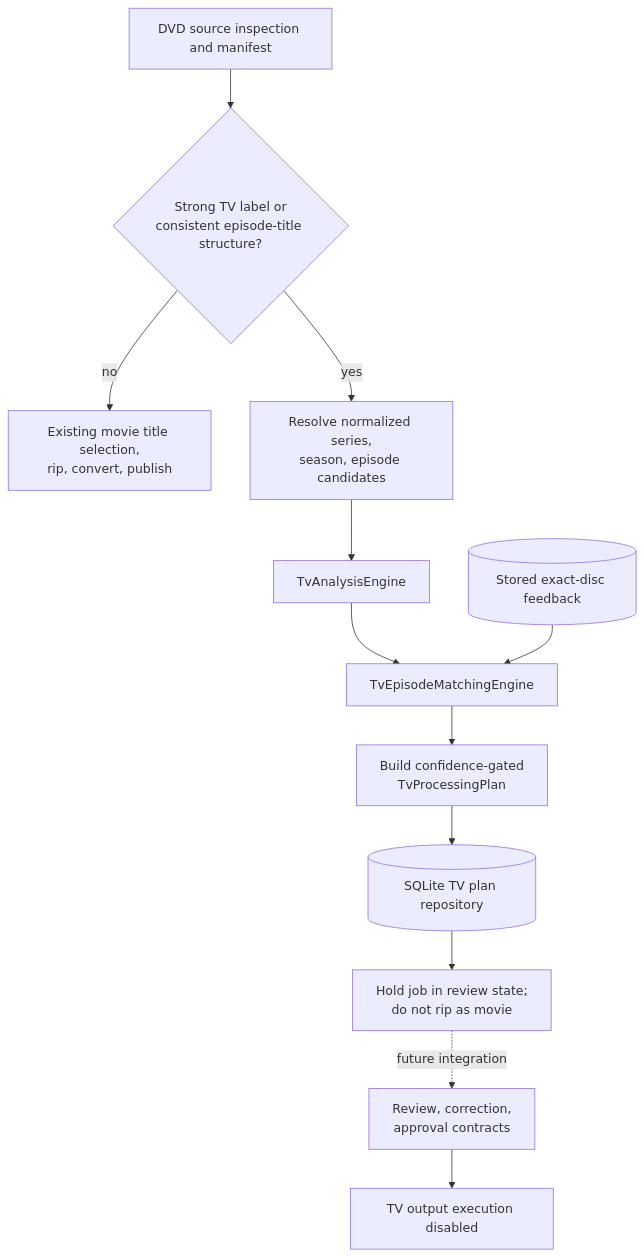
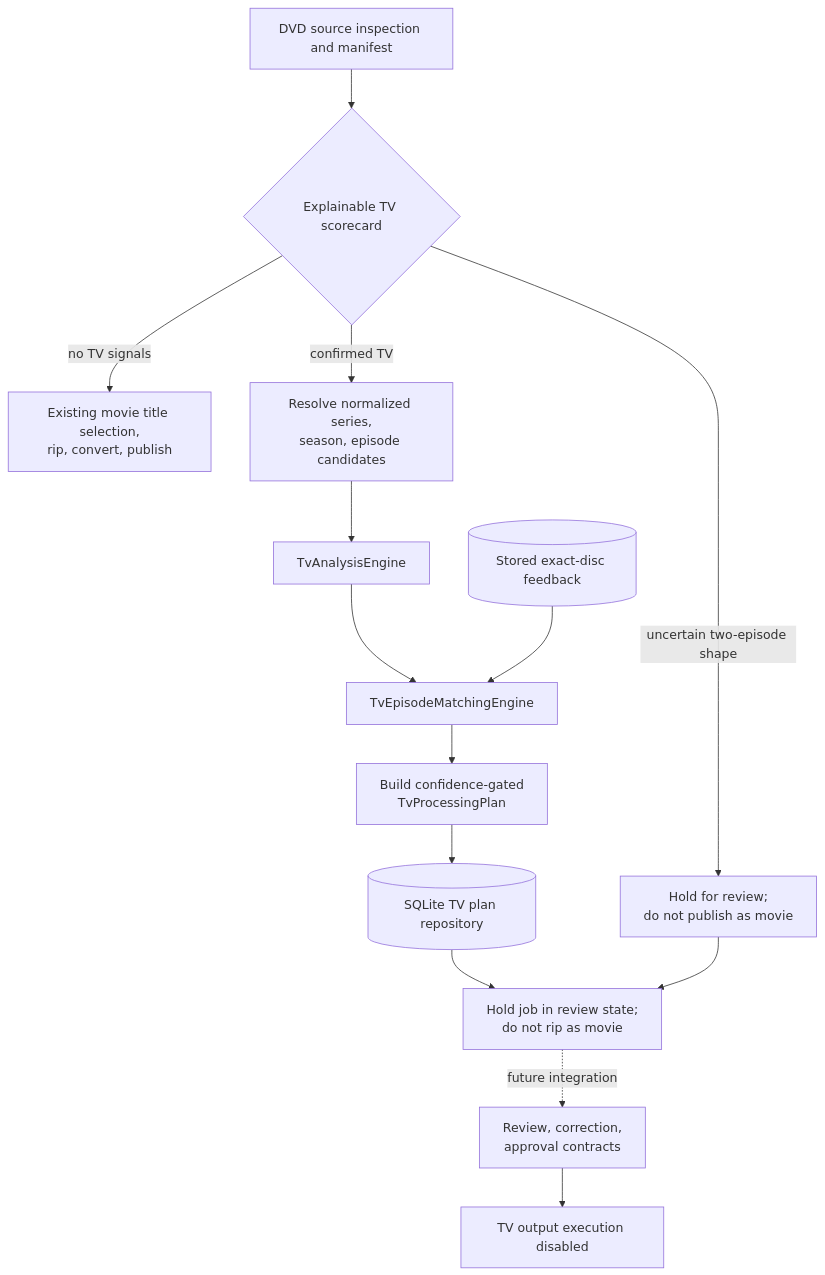
Before and after one commit to nick709r/DVDTOJELLYFIN: the diagram in docs/TV-WORKFLOW-INTEGRATION.md, drawn with Mermaid. The commit also changed other lines of this file and 3 other files, not shown here.

First line of the commit message:
fix: review uncertain two-episode TV discs

````diff
--- a/docs/TV-WORKFLOW-INTEGRATION.md
+++ b/docs/TV-WORKFLOW-INTEGRATION.md
@@ -26,27 +34,30 @@
 ```mermaid
 flowchart TD
   Disc[DVD source inspection and manifest]
-  Prefilter{Strong TV label or<br/>consistent episode-title structure?}
+  Prefilter{Explainable TV scorecard}
   Movie[Existing movie title selection,<br/>rip, convert, publish]
+  Uncertain[Hold for review;<br/>do not publish as movie]
   TvMetadata[Resolve normalized series,<br/>season, episode candidates]
   Analysis[TvAnalysisEngine]
   Feedback[(Stored exact-disc feedback)]
   Matcher[TvEpisodeMatchingEngine]
   Plan[Build confidence-gated<br/>TvProcessingPlan]
   Store[(SQLite TV plan repository)]
   Hold[Hold job in review state;<br/>do not rip as movie]
   FutureReview[Review, correction,<br/>approval contracts]
   Output[TV output execution disabled]
 
   Disc --> Prefilter
-  Prefilter -- no --> Movie
-  Prefilter -- yes --> TvMetadata
+  Prefilter -- no TV signals --> Movie
+  Prefilter -- uncertain two-episode shape --> Uncertain
+  Prefilter -- confirmed TV --> TvMetadata
   TvMetadata --> Analysis
   Analysis --> Matcher
   Feedback --> Matcher
   Matcher --> Plan
   Plan --> Store
   Store --> Hold
+  Uncertain --> Hold
   Hold -. future integration .-> FutureReview
   FutureReview --> Output
 ```
````
